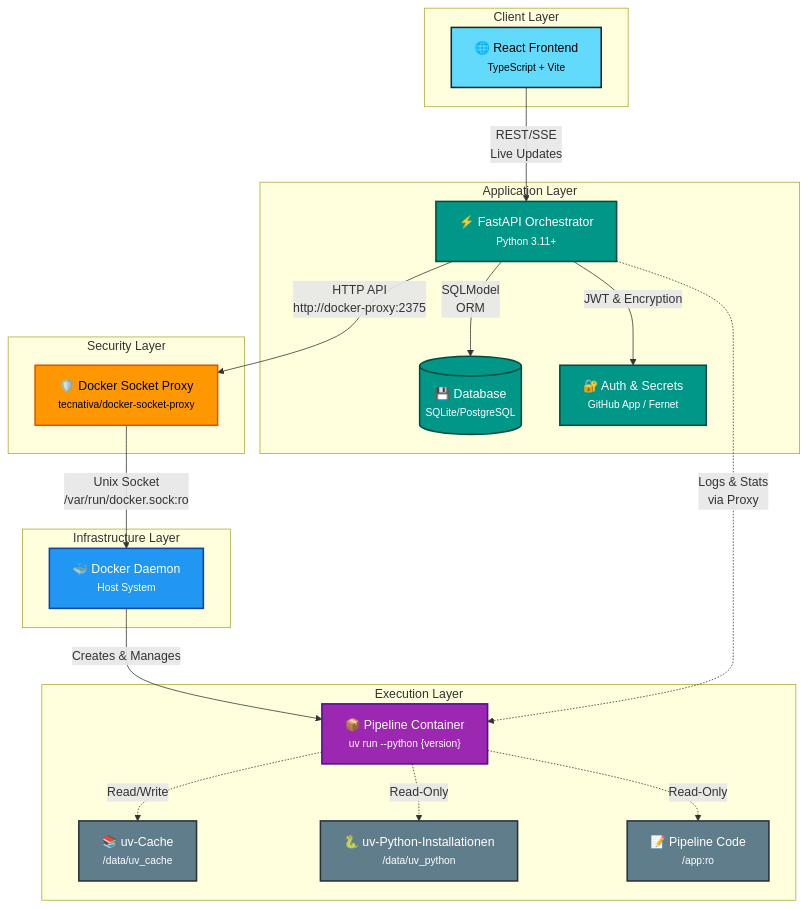
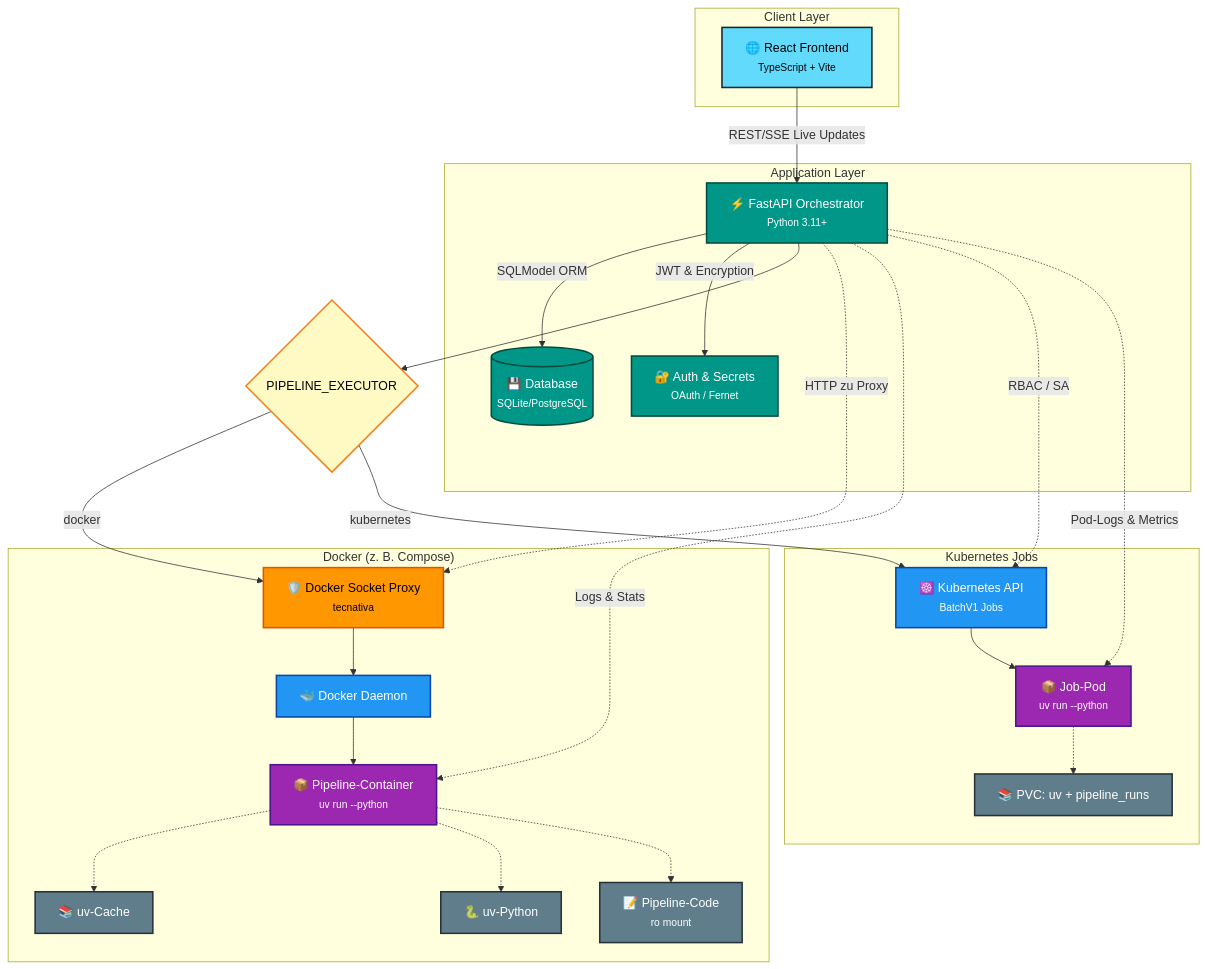
One commit to ttuhin03/fastflow changed the diagram in README.md. Above: the diagram before and after it, drawn with Mermaid. The commit also changed other lines of this file and 3 other files, not shown here.

First line of the commit message:
feat: Update documentation for Kubernetes and Docker execution modes

````diff
--- a/README.md
+++ b/README.md
@@ -195,52 +199,65 @@
 ```mermaid
-graph TB
-    subgraph "Client Layer"
+flowchart TB
+    subgraph ClientLayer["Client Layer"]
         A["🌐 React Frontend<br/><small>TypeScript + Vite</small>"]
     end
-    
-    subgraph "Application Layer"
+
+    subgraph AppLayer["Application Layer"]
         B["⚡ FastAPI Orchestrator<br/><small>Python 3.11+</small>"]
         C[("💾 Database<br/><small>SQLite/PostgreSQL</small>")]
-        D["🔐 Auth & Secrets<br/><small>GitHub App / Fernet</small>"]
+        D["🔐 Auth & Secrets<br/><small>OAuth / Fernet</small>"]
     end
-    
-    subgraph "Security Layer"
-        E["🛡️ Docker Socket Proxy<br/><small>tecnativa/docker-socket-proxy</small>"]
+
+    A -->|"REST/SSE Live Updates"| B
+    B -->|"SQLModel ORM"| C
+    B -->|"JWT & Encryption"| D
+
+    PE{"PIPELINE_EXECUTOR"}
+    B --> PE
+
+    subgraph DockerPfad["Docker (z. B. Compose)"]
+        E["🛡️ Docker Socket Proxy<br/><small>tecnativa</small>"]
+        F["🐳 Docker Daemon"]
+        G["📦 Pipeline-Container<br/><small>uv run --python</small>"]
+        H["📚 uv-Cache"]
+        J["🐍 uv-Python"]
+        I["📝 Pipeline-Code<br/><small>ro mount</small>"]
     end
-    
-    subgraph "Infrastructure Layer"
-        F["🐳 Docker Daemon<br/><small>Host System</small>"]
+
+    subgraph K8sPfad["Kubernetes Jobs"]
+        K["☸️ Kubernetes API<br/><small>BatchV1 Jobs</small>"]
+        L["📦 Job-Pod<br/><small>uv run --python</small>"]
+        M["📚 PVC: uv + pipeline_runs"]
     end
-    
-    subgraph "Execution Layer"
-        G["📦 Pipeline Container<br/><small>uv run --python {version}</small>"]
-        H["📚 uv-Cache<br/><small>/data/uv_cache</small>"]
-        J["🐍 uv-Python-Installationen<br/><small>/data/uv_python</small>"]
-        I["📝 Pipeline Code<br/><small>/app:ro</small>"]
-    end
-    
-    A -->|"REST/SSE<br/>Live Updates"| B
-    B -->|"SQLModel<br/>ORM"| C
-    B -->|"JWT & Encryption"| D
-    B -->|"HTTP API<br/>http://docker-proxy:2375"| E
-    E -->|"Unix Socket<br/>/var/run/docker.sock:ro"| F
-    F -->|"Creates & Manages"| G
-    G -.->|"Read/Write"| H
-    G -.->|"Read-Only"| J
-    G -.->|"Read-Only"| I
-    B -.->|"Logs & Stats<br/>via Proxy"| G
-    
+
+    PE -->|docker| E
+    E --> F
+    F --> G
+    G -.-> H
+    G -.-> J
+    G -.-> I
+    B -.->|"HTTP zu Proxy"| E
+    B -.->|"Logs & Stats"| G
+
+    PE -->|kubernetes| K
+    K --> L
+    L -.-> M
+    B -.->|"RBAC / SA"| K
+    B -.->|"Pod-Logs & Metrics"| L
+
     classDef frontend fill:#61dafb,stroke:#20232a,stroke-width:2px,color:#000
     classDef backend fill:#009688,stroke:#004d40,stroke-width:2px,color:#fff
     classDef security fill:#ff9800,stroke:#e65100,stroke-width:2px,color:#000
     classDef infra fill:#2196f3,stroke:#0d47a1,stroke-width:2px,color:#fff
     classDef execution fill:#9c27b0,stroke:#4a148c,stroke-width:2px,color:#fff
     classDef storage fill:#607d8b,stroke:#263238,stroke-width:2px,color:#fff
-    
+    classDef decision fill:#fff9c4,stroke:#f57f17,stroke-width:2px,color:#000
+
     class A frontend
     class B,C,D backend
     class E security
-    class F infra
-    class G execution
-    class H,I,J storage
+    class F,K infra
+    class G,L execution
+    class H,I,J,M storage
+    class PE decision
 ```
````
